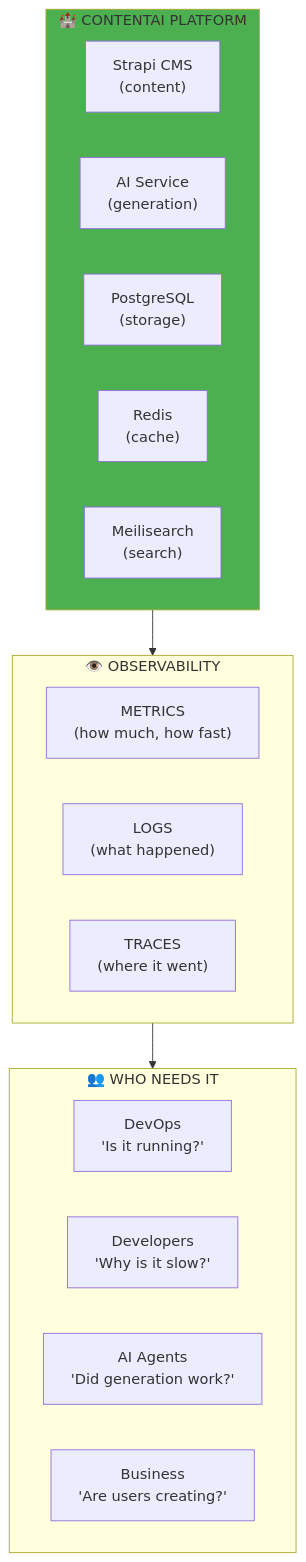
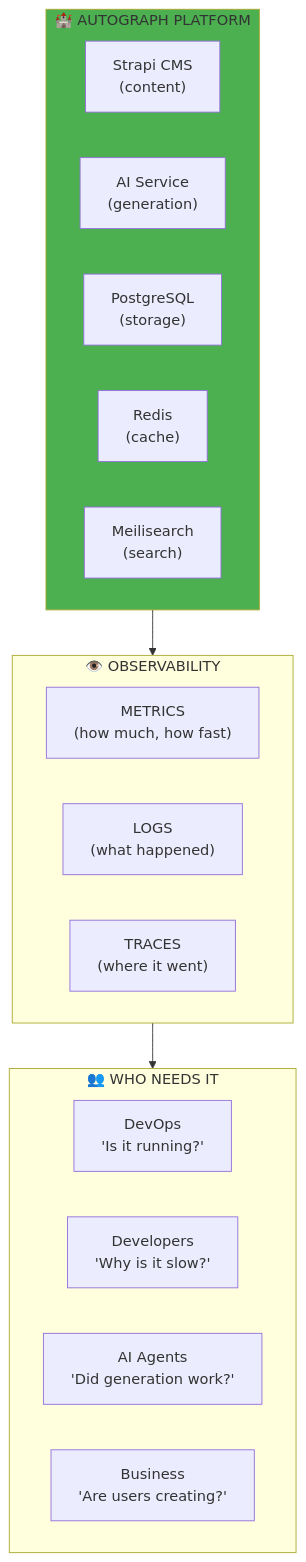
Before and after one commit to PearlThoughtsInternship/Internship-Obsidian-Vault: the first of 11 diagrams in DevOps/03-Platform/02-Observability.md, drawn with Mermaid. The commit also changed 7 other files, not shown here.

First line of the commit message:
rebrand: Fix remaining contentai references across Engineering/Platform docs

````diff
--- a/DevOps/03-Platform/02-Observability.md
+++ b/DevOps/03-Platform/02-Observability.md
@@ -17,28 +17,28 @@
 ```mermaid
 flowchart TB
-    subgraph Autograph["🏰 CONTENTAI PLATFORM"]
+    subgraph Autograph["🏰 AUTOGRAPH PLATFORM"]
         Strapi["Strapi CMS\n(content)"]
         AI["AI Service\n(generation)"]
         PG["PostgreSQL\n(storage)"]
         Redis["Redis\n(cache)"]
         Meili["Meilisearch\n(search)"]
     end
 
     subgraph Observability["👁️ OBSERVABILITY"]
         Metrics["METRICS\n(how much, how fast)"]
         Logs["LOGS\n(what happened)"]
         Traces["TRACES\n(where it went)"]
     end
 
     subgraph Stakeholders["👥 WHO NEEDS IT"]
         DevOps["DevOps\n'Is it running?'"]
         Dev["Developers\n'Why is it slow?'"]
         AgentAI["AI Agents\n'Did generation work?'"]
         Biz["Business\n'Are users creating?'"]
     end
 
     Autograph --> Observability
     Observability --> Stakeholders
 
     style Autograph fill:#4CAF50
 ```
````
